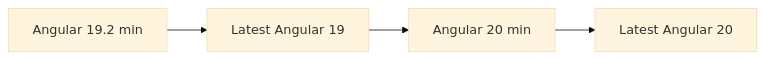
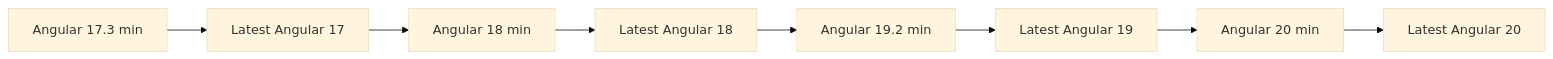
Before and after one commit to comrade1996/sensei-uaepass: the diagram in docs/getting-started/compatibility.md, drawn with Mermaid (base theme). The commit also changed other lines of this file and 8 other files, not shown here.

````diff
--- a/docs/getting-started/compatibility.md
+++ b/docs/getting-started/compatibility.md
@@ -18,6 +18,10 @@
 ```mermaid
 graph LR
-    A["Angular 19.2 min"] --> B["Latest Angular 19"]
-    B --> C["Angular 20 min"]
-    C --> D["Latest Angular 20"]
+    A["Angular 17.3 min"] --> B["Latest Angular 17"]
+    B --> C["Angular 18 min"]
+    C --> D["Latest Angular 18"]
+    D --> E["Angular 19.2 min"]
+    E --> F["Latest Angular 19"]
+    F --> G["Angular 20 min"]
+    G --> H["Latest Angular 20"]
 ```
````
